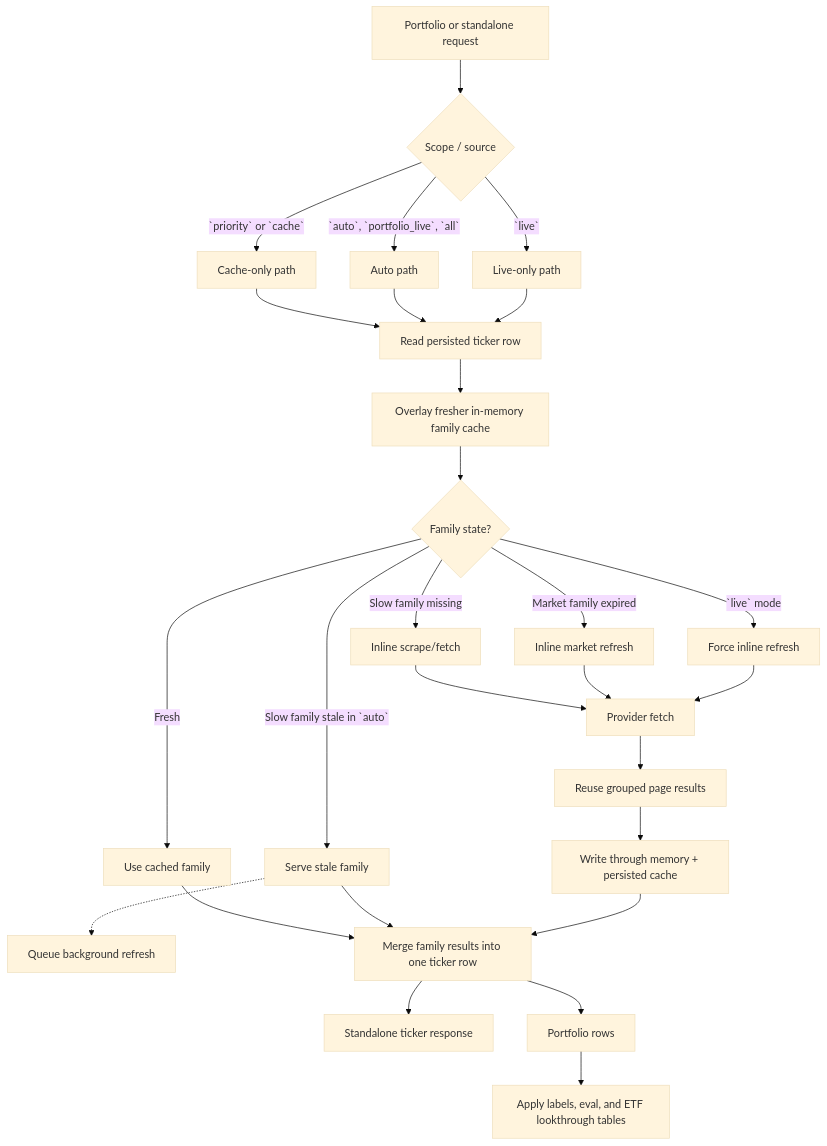
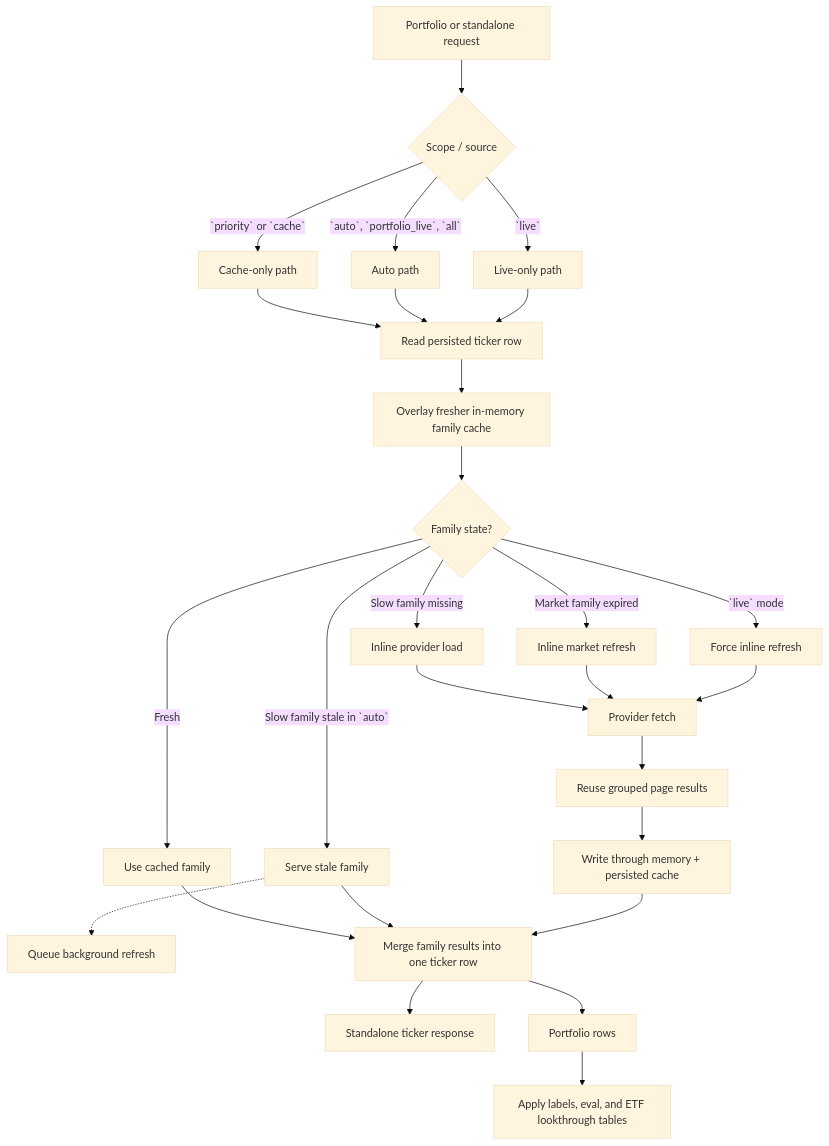
The first of 2 diagrams in README.md (teron131/stock-search), drawn with Mermaid (base theme) before and after one commit. The commit also changed other lines of this file and 23 other files, not shown here.

````diff
--- a/README.md
+++ b/README.md
@@ -33,41 +26,41 @@
 ```mermaid
 flowchart TD
     accTitle: Family-based stats workflow
     accDescr: Shows how portfolio and standalone requests resolve stats through mode selection, layered caches, family freshness checks, provider refreshes, and final payload assembly.
 
     Request["Portfolio or standalone request"]
     Request --> Mode{"Scope / source"}
 
     Mode -->|`priority` or `cache`| CacheMode["Cache-only path"]
     Mode -->|`auto`, `portfolio_live`, `all`| AutoMode["Auto path"]
     Mode -->|`live`| LiveMode["Live-only path"]
 
     CacheMode --> Load["Read persisted ticker row"]
     AutoMode --> Load
     LiveMode --> Load
 
     Load --> Overlay["Overlay fresher in-memory family cache"]
     Overlay --> Decision{"Family state?"}
 
     Decision -->|Fresh| Fresh["Use cached family"]
     Decision -->|Slow family stale in `auto`| Stale["Serve stale family"]
     Stale -.-> Queue["Queue background refresh"]
-    Decision -->|Slow family missing| InlineSlow["Inline scrape/fetch"]
+    Decision -->|Slow family missing| InlineSlow["Inline provider load"]
     Decision -->|Market family expired| InlineFast["Inline market refresh"]
     Decision -->|`live` mode| ForceLive["Force inline refresh"]
 
     InlineSlow --> Provider["Provider fetch"]
     InlineFast --> Provider
     ForceLive --> Provider
 
     Provider --> Piggyback["Reuse grouped page results"]
     Piggyback --> Persist["Write through memory + persisted cache"]
 
     Fresh --> Merge["Merge family results into one ticker row"]
     Stale --> Merge
     Persist --> Merge
 
     Merge --> Standalone["Standalone ticker response"]
     Merge --> Portfolio["Portfolio rows"]
     Portfolio --> Enrich["Apply labels, eval, and ETF lookthrough tables"]
 ```
````
